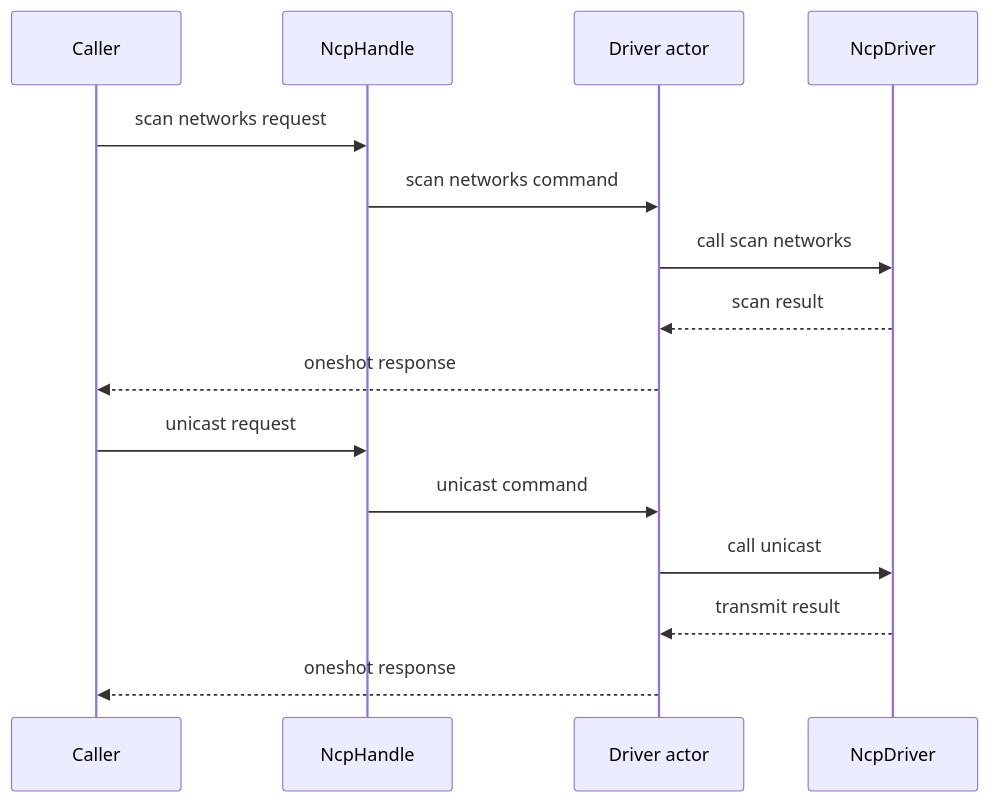
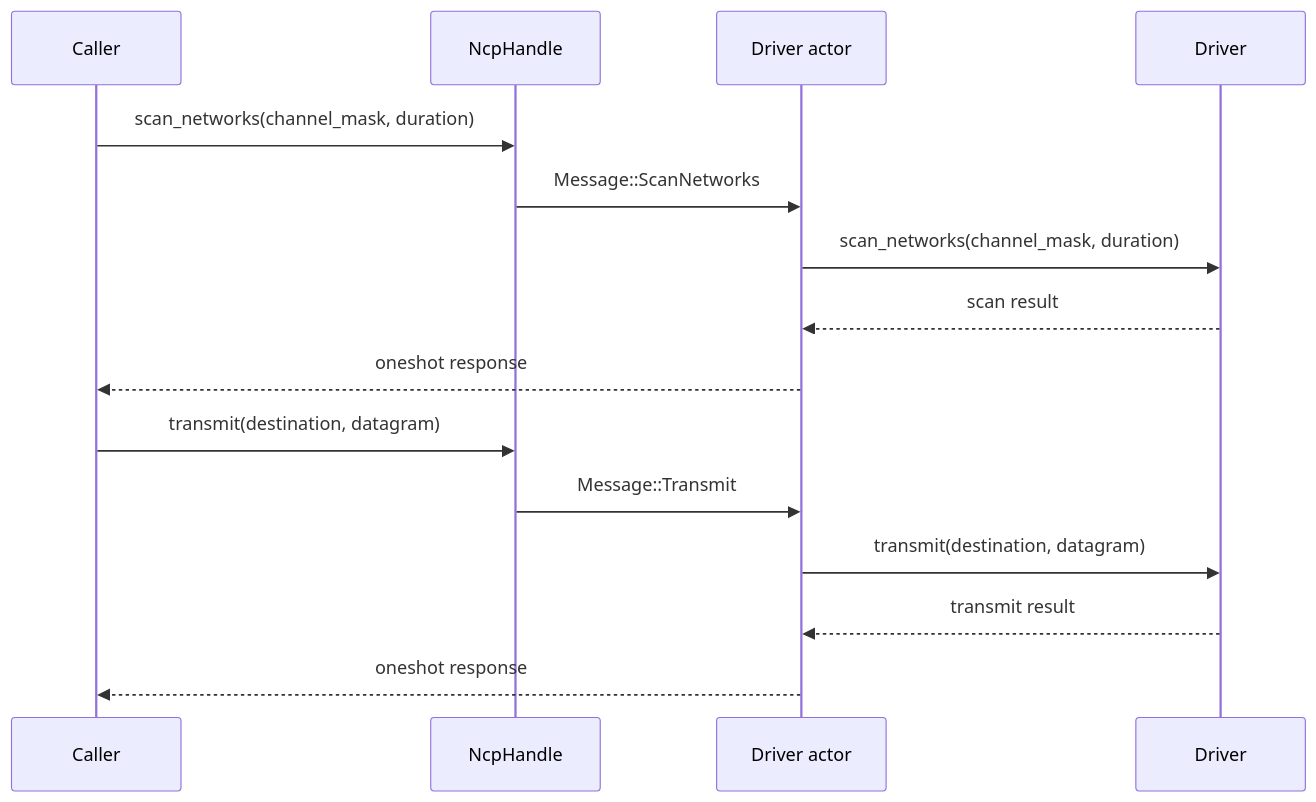
Before and after one commit to PaulmannLighting/apis-saltans: the third of 4 diagrams in apis-saltans-hw/ARCHITECTURE.md, drawn with Mermaid. The commit also changed other lines of this file and 17 other files, not shown here.

````diff
--- a/apis-saltans-hw/ARCHITECTURE.md
+++ b/apis-saltans-hw/ARCHITECTURE.md
@@ -151,19 +161,19 @@
 ```mermaid
 sequenceDiagram
     participant C as Caller;
     participant H as NcpHandle;
     participant A as Driver actor;
-    participant D as NcpDriver;
+    participant D as Driver;
 
-    C->>H: scan networks request;
-    H->>A: scan networks command;
-    A->>D: call scan networks;
+    C->>H: scan_networks(channel_mask, duration);
+    H->>A: Message::ScanNetworks;
+    A->>D: scan_networks(channel_mask, duration);
     D-->>A: scan result;
     A-->>C: oneshot response;
 
-    C->>H: unicast request;
-    H->>A: unicast command;
-    A->>D: call unicast;
+    C->>H: transmit(destination, datagram);
+    H->>A: Message::Transmit;
+    A->>D: transmit(destination, datagram);
     D-->>A: transmit result;
     A-->>C: oneshot response;
 ```
````
